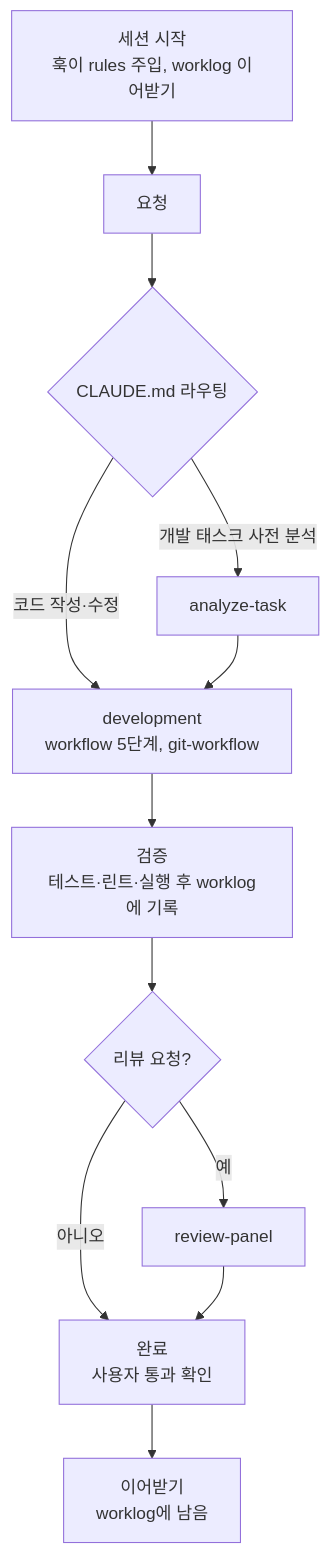
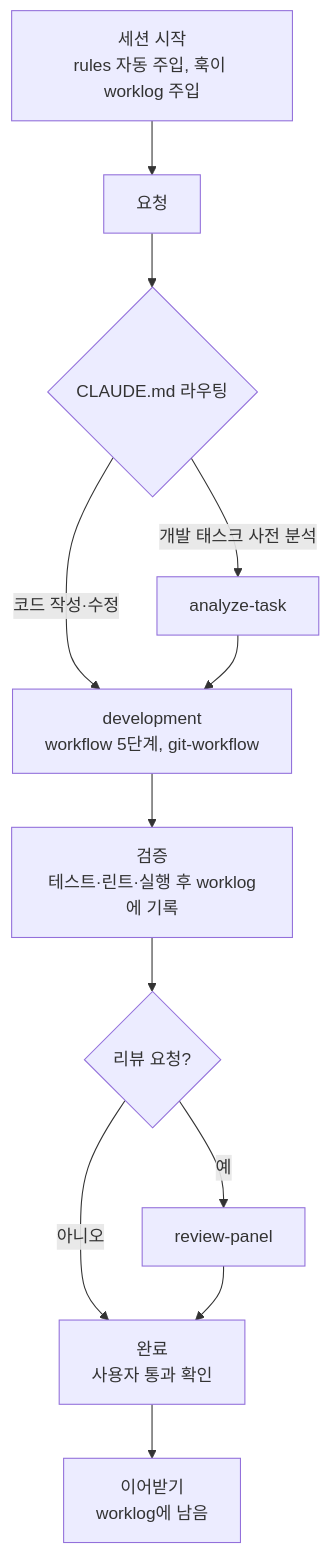
Before and after one commit to 1Dohyeon/claude-sync: the first of 2 diagrams in README.md, drawn with Mermaid. The commit also changed other lines of this file and 20 other files, not shown here.

````diff
--- a/README.md
+++ b/README.md
@@ -71,14 +71,14 @@
 ```mermaid
 flowchart TD
-    A["세션 시작<br/>훅이 rules 주입, worklog 이어받기"] --> B["요청"]
+    A["세션 시작<br/>rules 자동 주입, 훅이 worklog 주입"] --> B["요청"]
     B --> C{"CLAUDE.md 라우팅"}
     C -->|"개발 태스크 사전 분석"| D["analyze-task"]
     C -->|"코드 작성·수정"| E["development<br/>workflow 5단계, git-workflow"]
     D --> E
     E --> F["검증<br/>테스트·린트·실행 후 worklog에 기록"]
     F --> G{"리뷰 요청?"}
     G -->|"예"| H["review-panel"]
     G -->|"아니오"| I["완료<br/>사용자 통과 확인"]
     H --> I
     I --> J["이어받기<br/>worklog에 남음"]
 ```
````
